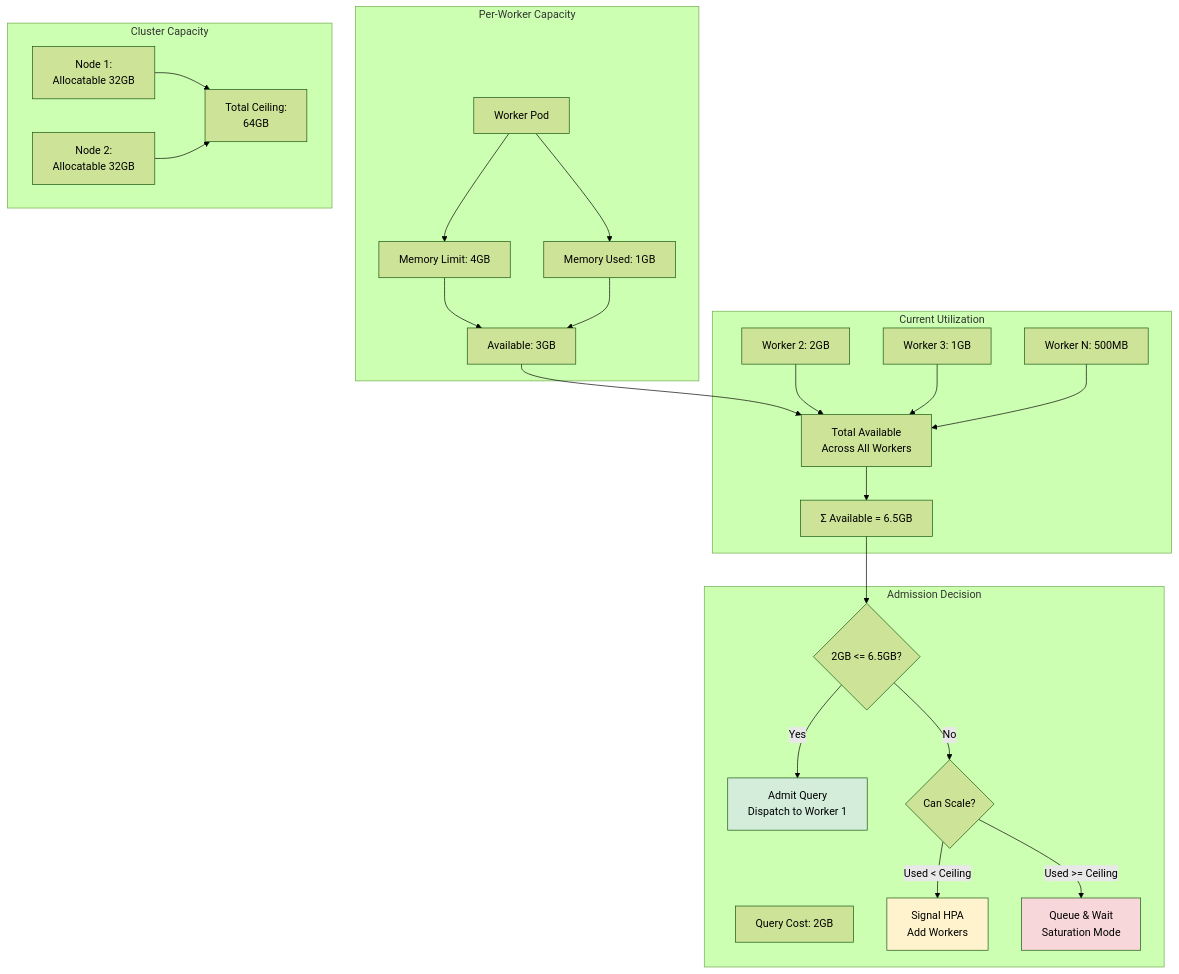
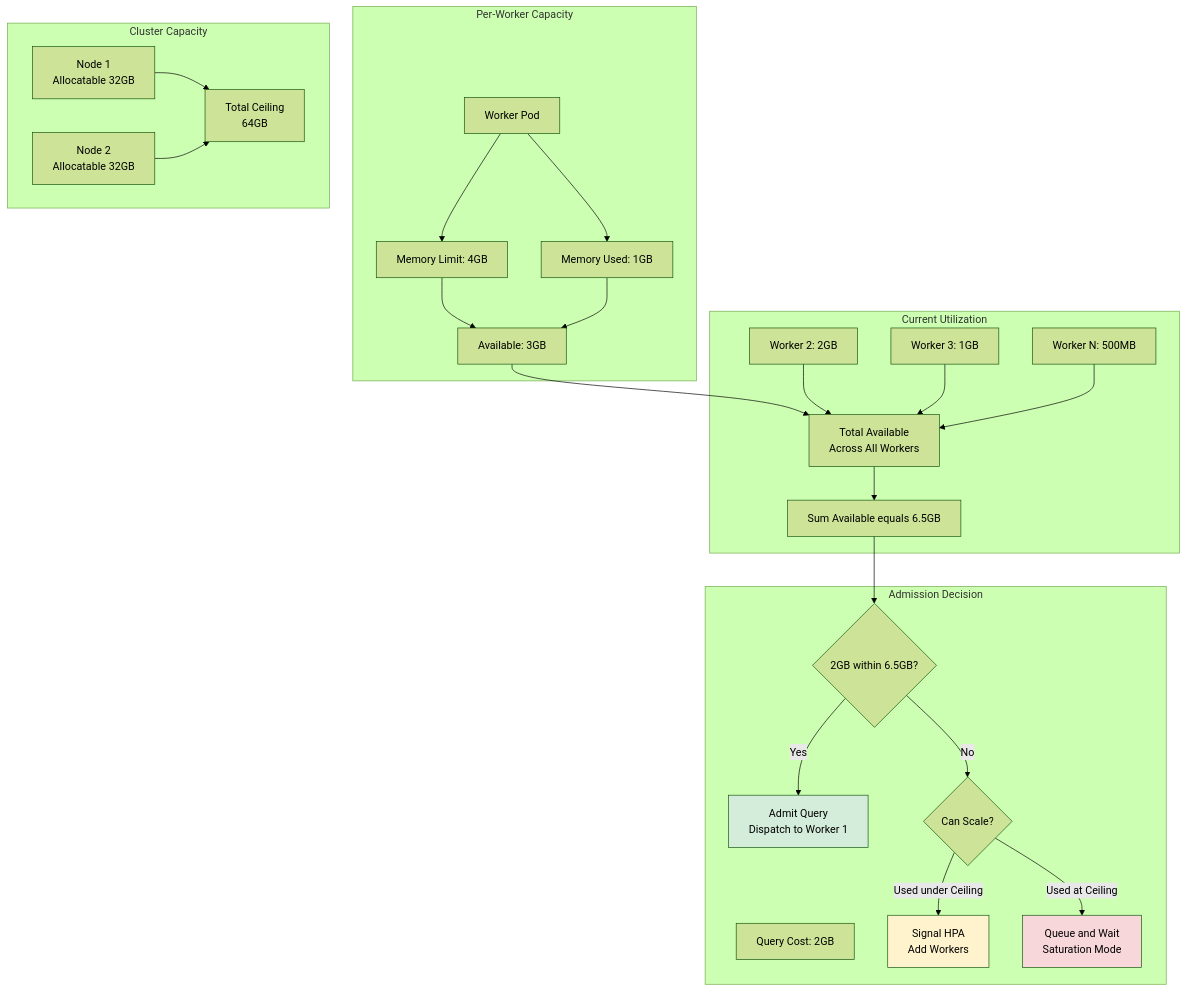
Diagram 11 of 11 in README.md (Angelerator/Tavana), drawn with Mermaid (forest theme) before and after one commit. The commit also changed other lines of this file, not shown here.

First line of the commit message:
fix: Mermaid syntax errors in architecture diagrams

````diff
--- a/README.md
+++ b/README.md
@@ -1284,45 +1284,45 @@
 ```mermaid
 graph TD
     subgraph "Per-Worker Capacity"
         W1[Worker Pod]
         W1L[Memory Limit: 4GB]
         W1U[Memory Used: 1GB]
         W1A[Available: 3GB]
         
         W1 --> W1L
         W1 --> W1U
         W1L --> W1A
         W1U --> W1A
     end
     
     subgraph "Cluster Capacity"
-        N1[Node 1:<br/>Allocatable 32GB]
-        N2[Node 2:<br/>Allocatable 32GB]
-        TC[Total Ceiling:<br/>64GB]
+        N1[Node 1<br/>Allocatable 32GB]
+        N2[Node 2<br/>Allocatable 32GB]
+        TC[Total Ceiling<br/>64GB]
         
         N1 --> TC
         N2 --> TC
     end
     
     subgraph "Current Utilization"
         W1A --> TotalAvail[Total Available<br/>Across All Workers]
         W2A[Worker 2: 2GB] --> TotalAvail
         W3A[Worker 3: 1GB] --> TotalAvail
         WNA[Worker N: 500MB] --> TotalAvail
         
-        TotalAvail --> Calc[Σ Available = 6.5GB]
+        TotalAvail --> Calc[Sum Available equals 6.5GB]
     end
     
     subgraph "Admission Decision"
         QC[Query Cost: 2GB]
-        Calc --> Compare{2GB <= 6.5GB?}
+        Calc --> Compare{2GB within 6.5GB?}
         Compare -->|Yes| Admit[Admit Query<br/>Dispatch to Worker 1]
         Compare -->|No| CheckCeil{Can Scale?}
-        CheckCeil -->|Used < Ceiling| ScaleHPA[Signal HPA<br/>Add Workers]
-        CheckCeil -->|Used >= Ceiling| QueueWait[Queue & Wait<br/>Saturation Mode]
+        CheckCeil -->|Used under Ceiling| ScaleHPA[Signal HPA<br/>Add Workers]
+        CheckCeil -->|Used at Ceiling| QueueWait[Queue and Wait<br/>Saturation Mode]
     end
     
     style Admit fill:#d4edda
     style ScaleHPA fill:#fff3cd
     style QueueWait fill:#f8d7da
 ```
````
